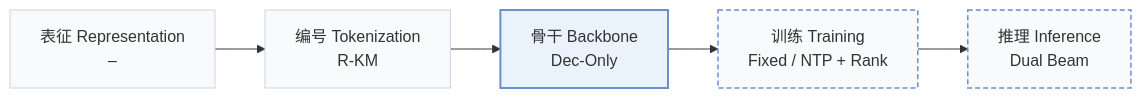
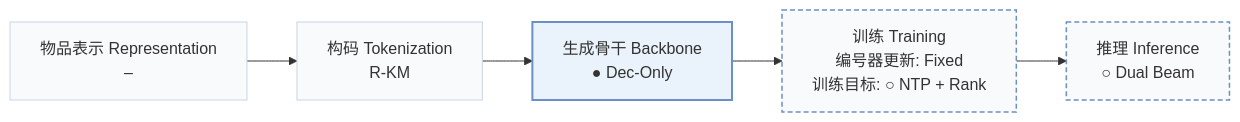
Before and after one commit to Galaxy-ghost/Awesome-SID-Generative-Rec: the first of 2 diagrams in pages/zh/papers/dualgr.md, drawn with Mermaid. The commit also changed other lines of this file and 558 other files, not shown here.

````diff
--- a/pages/zh/papers/dualgr.md
+++ b/pages/zh/papers/dualgr.md
@@ -15,10 +18,10 @@
 ```mermaid
 flowchart LR
-    R["表征 Representation<br/>–"] --> T["编号 Tokenization<br/>R-KM"] --> B["骨干 Backbone<br/>Dec-Only"] --> TR["训练 Training<br/>Fixed / NTP + Rank"] --> I["推理 Inference<br/>Dual Beam"]
+    R["物品表示 Representation<br/>–"] --> T["构码 Tokenization<br/>R-KM"] --> B["生成骨干 Backbone<br/>● Dec-Only"] --> TR["训练 Training<br/>编号器更新: Fixed<br/>训练目标: ○ NTP + Rank"] --> I["推理 Inference<br/>○ Dual Beam"]
     classDef base fill:#f8fafc,stroke:#cbd5e1
     class R,T,B,TR,I base
-    classDef also fill:#f8fafc,stroke:#6b8fc7,stroke-width:1.5px,stroke-dasharray:5 3
-    class TR,I also
+    classDef other fill:#f8fafc,stroke:#6b8fc7,stroke-width:1.5px,stroke-dasharray:5 3
+    class TR,I other
     classDef main fill:#eaf2fb,stroke:#6b8fc7,stroke-width:2px
     class B main
 ```
````
